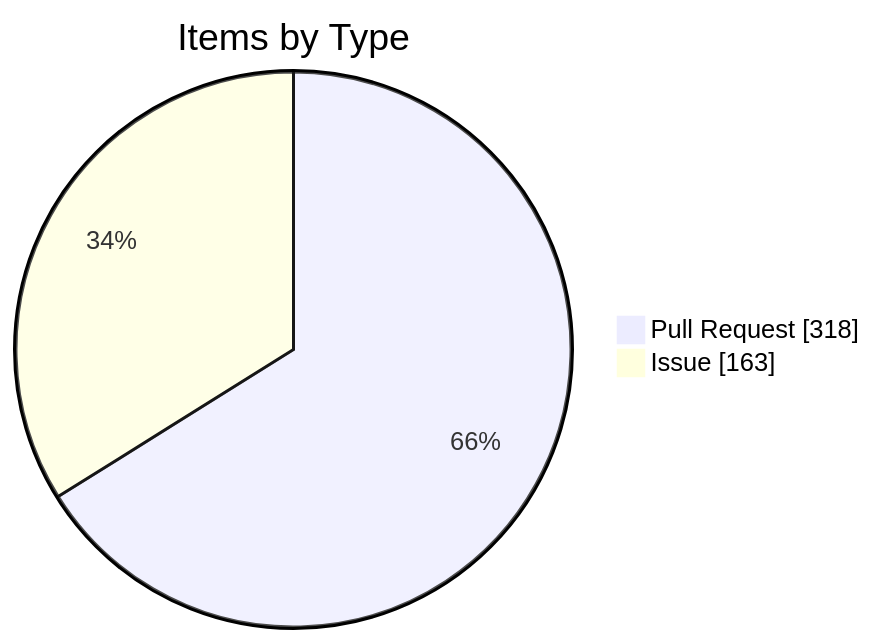
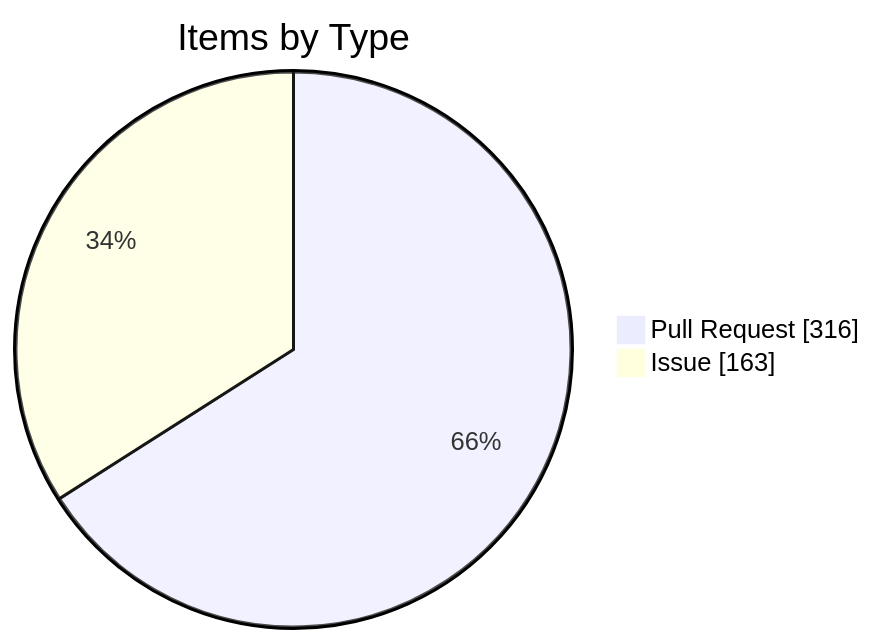
The fourth of 4 diagrams in apps/kbve/astro-kbve/src/content/docs/dashboard/kanban-data.mdx (KBVE/kbve), drawn with Mermaid before and after one commit. The commit also changed other lines of this file and 8 other files, not shown here.

````diff
--- a/apps/kbve/astro-kbve/src/content/docs/dashboard/kanban-data.mdx
+++ b/apps/kbve/astro-kbve/src/content/docs/dashboard/kanban-data.mdx
@@ -116,6 +116,6 @@
 ```mermaid
 pie showData
     title Items by Type
-    "Pull Request" : 318
+    "Pull Request" : 316
     "Issue" : 163
 ```
````
